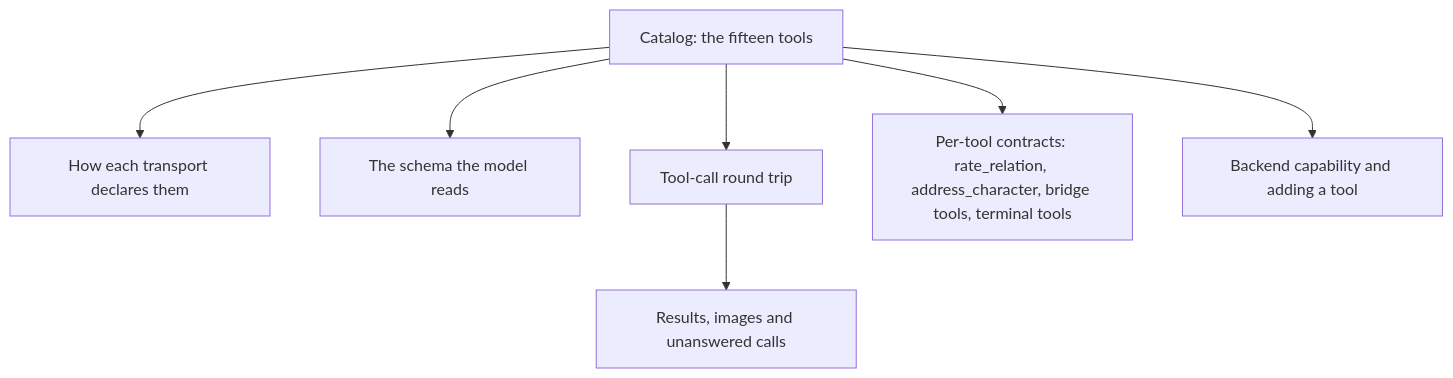
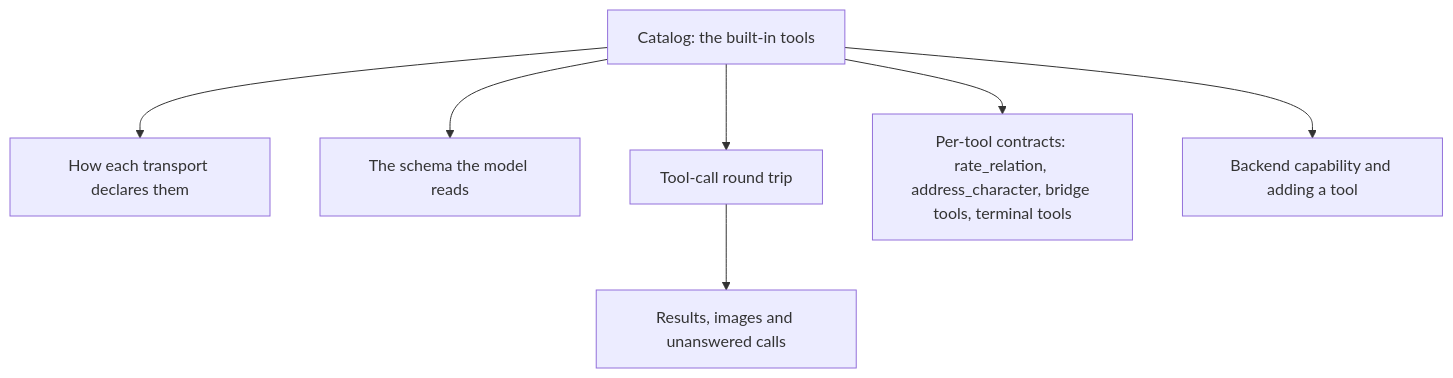
One commit to yw0nam/YUI changed the first of 3 diagrams in docs/reference/client-tools.md. Above: the diagram before and after it, drawn with Mermaid. The commit also changed other lines of this file and 28 other files, not shown here.

````diff
--- a/docs/reference/client-tools.md
+++ b/docs/reference/client-tools.md
@@ -8,9 +8,9 @@
 ```mermaid
 flowchart TB
-  A["Catalog: the fifteen tools"] --> B["How each transport declares them"]
+  A["Catalog: the built-in tools"] --> B["How each transport declares them"]
   A --> C["The schema the model reads"]
   A --> D["Tool-call round trip"]
   D --> E["Results, images and unanswered calls"]
   A --> F["Per-tool contracts: rate_relation, address_character, bridge tools, terminal tools"]
   A --> G["Backend capability and adding a tool"]
 ```
````
